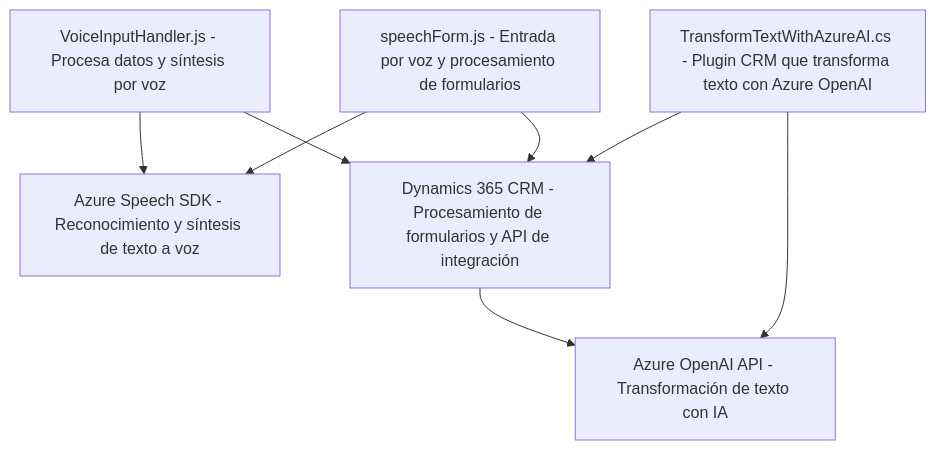
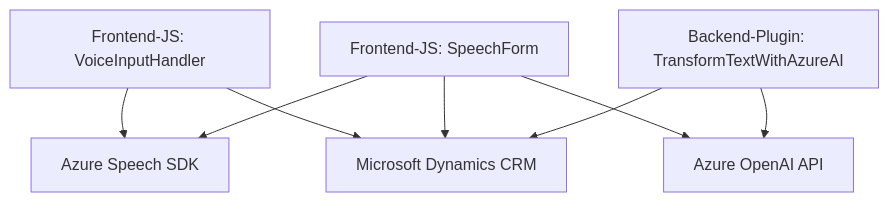
One commit to blopezdm/NETCORE_BILBAO2025 changed the diagram in README.md. Above: the diagram before and after it, drawn with Mermaid. The commit also changed other lines of this file, not shown here.

Commit message:
Actualizar análisis global de la solución con IA

````diff
--- a/README.md
+++ b/README.md
@@ -38,17 +34,17 @@
 ```mermaid
 graph TD
-    A["VoiceInputHandler.js - Procesa datos y síntesis por voz"]
-    B["speechForm.js - Entrada por voz y procesamiento de formularios"]
-    C["TransformTextWithAzureAI.cs - Plugin CRM que transforma texto con Azure OpenAI"]
-    D["Azure Speech SDK - Reconocimiento y síntesis de texto a voz"]
-    E["Dynamics 365 CRM - Procesamiento de formularios y API de integración"]
-    F["Azure OpenAI API - Transformación de texto con IA"]
+    A["Frontend-JS: VoiceInputHandler"]
+    B["Frontend-JS: SpeechForm"]
+    C["Backend-Plugin: TransformTextWithAzureAI"]
+    D["Azure Speech SDK"]
+    E["Azure OpenAI API"]
+    F["Microsoft Dynamics CRM"]
     
     A --> D
+    A --> F
     B --> D
-    A --> E
+    B --> F
     B --> E
+    C --> F
     C --> E
-    C --> F
-    E --> F
 ```
````
